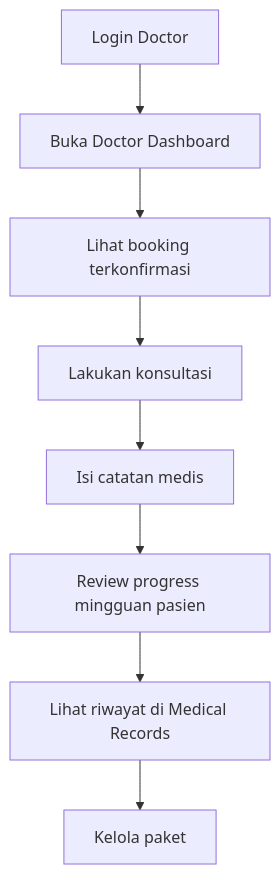
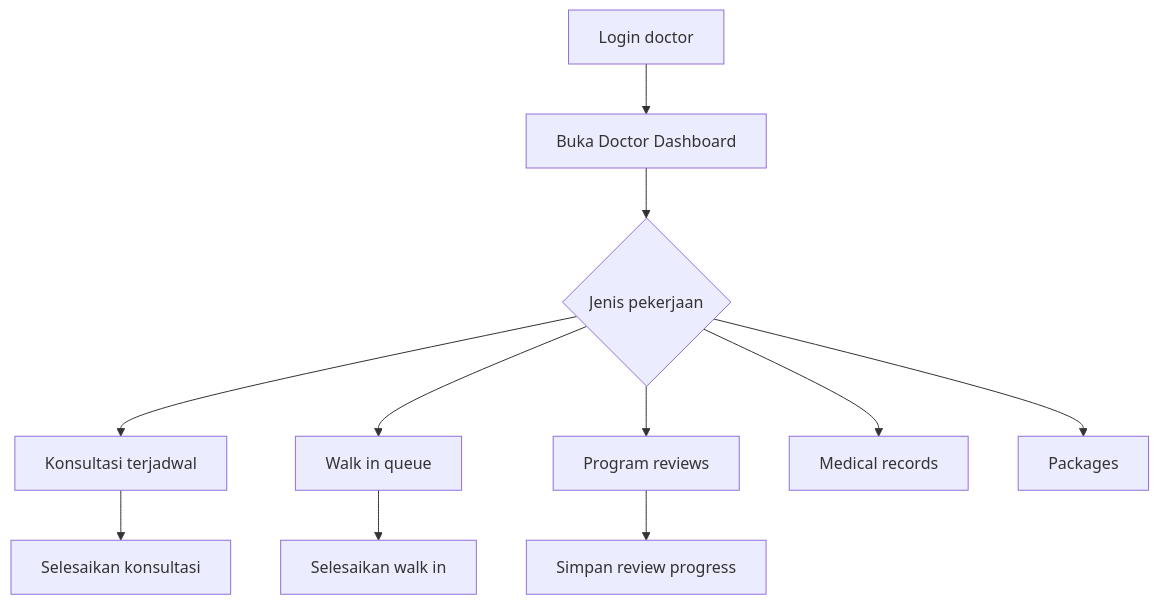
Before and after one commit to ranggacaw/more_apps: the third of 4 diagrams in docs/cara_menggunakan_aplikasi.md, drawn with Mermaid. The commit also changed other lines of this file and 25 other files, not shown here.

````diff
--- a/docs/cara_menggunakan_aplikasi.md
+++ b/docs/cara_menggunakan_aplikasi.md
@@ -97,10 +249,13 @@
 ```mermaid
 flowchart TD
-    A[Login Doctor] --> B[Buka Doctor Dashboard]
-    B --> C[Lihat booking terkonfirmasi]
-    C --> D[Lakukan konsultasi]
-    D --> E[Isi catatan medis]
-    E --> F[Review progress mingguan pasien]
-    F --> G[Lihat riwayat di Medical Records]
-    G --> H[Kelola paket]
+    A[Login doctor] --> B[Buka Doctor Dashboard]
+    B --> C{Jenis pekerjaan}
+    C --> D[Konsultasi terjadwal]
+    C --> E[Walk in queue]
+    C --> F[Program reviews]
+    C --> G[Medical records]
+    C --> H[Packages]
+    D --> I[Selesaikan konsultasi]
+    E --> J[Selesaikan walk in]
+    F --> K[Simpan review progress]
 ```
````
